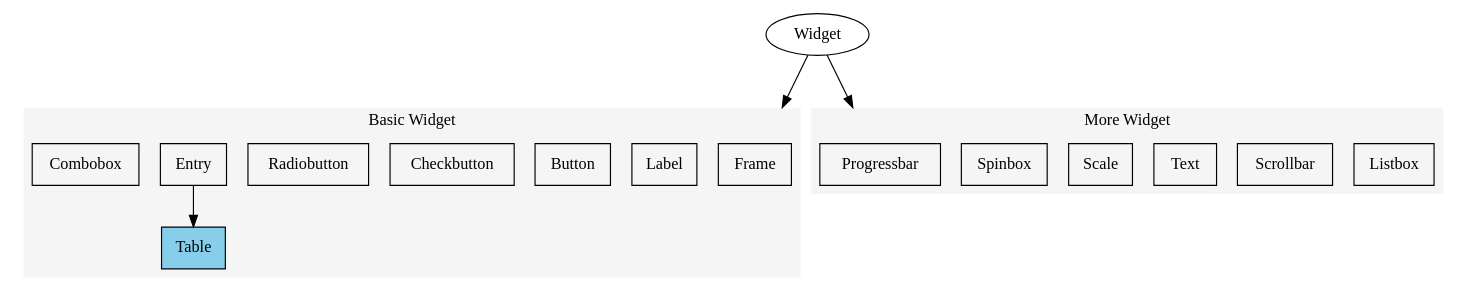
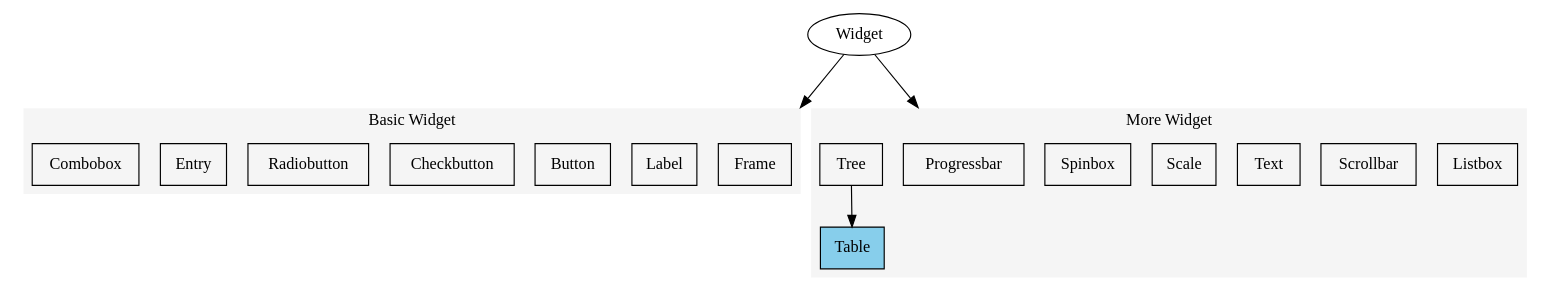
The diagram in tkinter/widget.dot (fan2level/python-example), drawn with Graphviz before and after one commit.

Commit message:
update widget example

```diff
--- a/tkinter/widget.dot
+++ b/tkinter/widget.dot
@@ -1,41 +1,41 @@
 
 digraph widget{
     compound=true
     
     Widget
     
     node[shape=box]
     subgraph cluster_basic{
         label="Basic Widget"
         style=filled fillcolor=whitesmoke
         color=white
         
         Frame
         Label
         Button
         Checkbutton
         Radiobutton
         Entry
         Combobox
-
-        Table[style=filled fillcolor=skyblue]
-        
-        Entry -> Table
     }
 
     subgraph cluster_more{
         label="More Widget"
         style=filled fillcolor=whitesmoke
         color=white
         
         Listbox
         Scrollbar
         Text
         Scale
         Spinbox
         Progressbar
+        Tree
+
+        Table[style=filled fillcolor=skyblue]
+        Tree -> Table
     }
 
     Widget -> Frame[lhead=cluster_basic minlen=2]
     Widget -> Progressbar[lhead=cluster_more minlen=2]
 }
```
